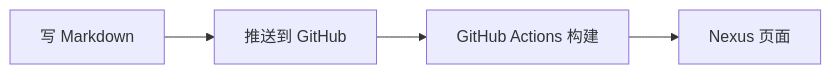
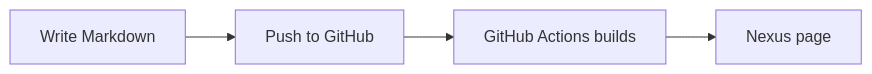
Before and after one commit to Meruem27/Nexus: the diagram in docs/_index.md, drawn with Mermaid. The commit also changed other lines of this file and 11 other files, not shown here.

````diff
--- a/docs/_index.md
+++ b/docs/_index.md
@@ -37,6 +37,6 @@
 ```mermaid
 flowchart LR
-  A[写 Markdown] --> B[推送到 GitHub]
-  B --> C[GitHub Actions 构建]
-  C --> D[Nexus 页面]
+  A[Write Markdown] --> B[Push to GitHub]
+  B --> C[GitHub Actions builds]
+  C --> D[Nexus page]
 ```
````
